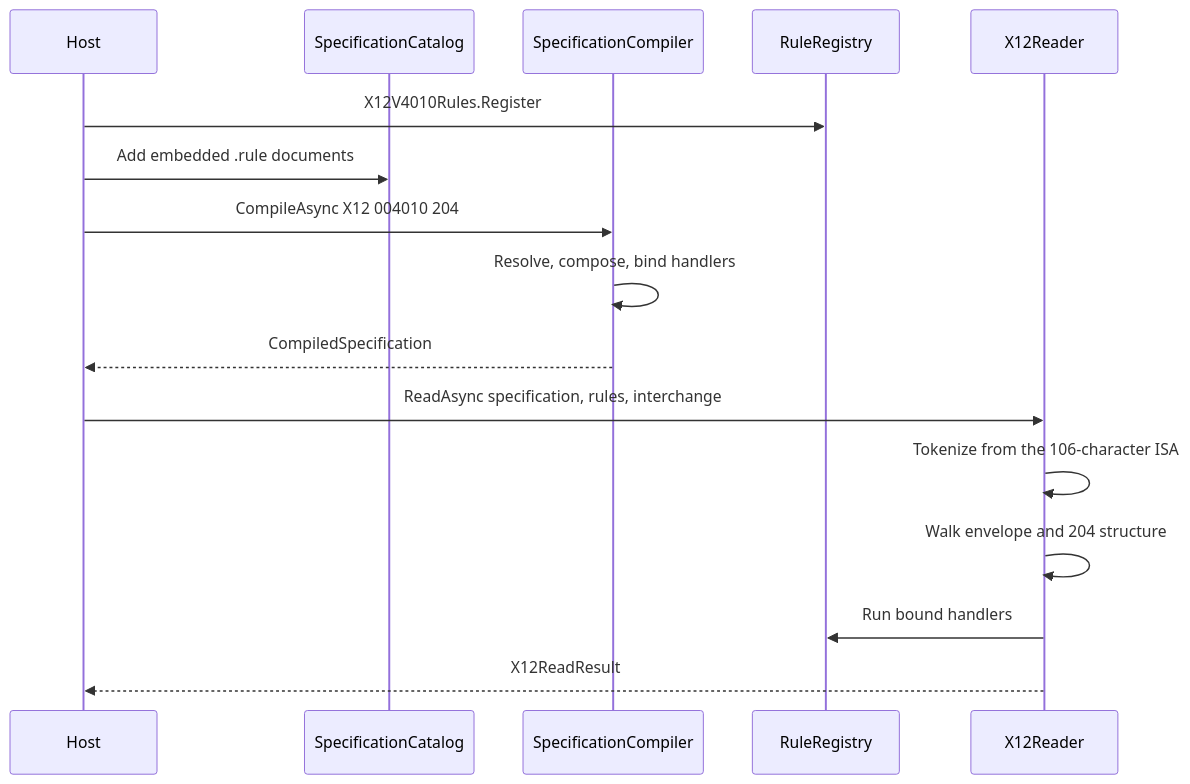
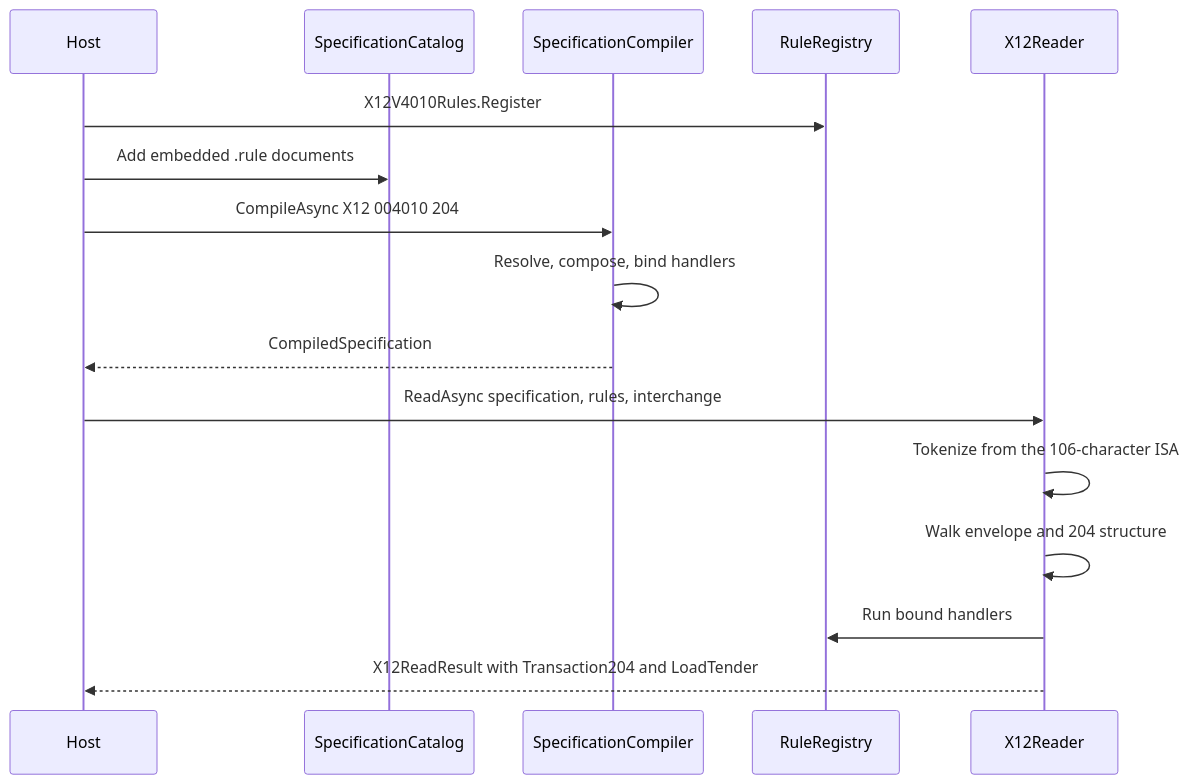
Before and after one commit to TuralSuleymani/EdiMorph: the fifth of 7 diagrams in README.md, drawn with Mermaid. The commit also changed other lines of this file and 3 other files, not shown here.

First line of the commit message:
Mark the 004010 LoadTender release as 0.2.0.

````diff
--- a/README.md
+++ b/README.md
@@ -170,20 +172,20 @@
 ```mermaid
 sequenceDiagram
   participant Host
   participant Catalog as SpecificationCatalog
   participant Compiler as SpecificationCompiler
   participant Registry as RuleRegistry
   participant Reader as X12Reader
 
   Host->>Registry: X12V4010Rules.Register
   Host->>Catalog: Add embedded .rule documents
   Host->>Compiler: CompileAsync X12 004010 204
   Compiler->>Compiler: Resolve, compose, bind handlers
   Compiler-->>Host: CompiledSpecification
 
   Host->>Reader: ReadAsync specification, rules, interchange
   Reader->>Reader: Tokenize from the 106-character ISA
   Reader->>Reader: Walk envelope and 204 structure
   Reader->>Registry: Run bound handlers
-  Reader-->>Host: X12ReadResult
+  Reader-->>Host: X12ReadResult with Transaction204 and LoadTender
 ```
````
